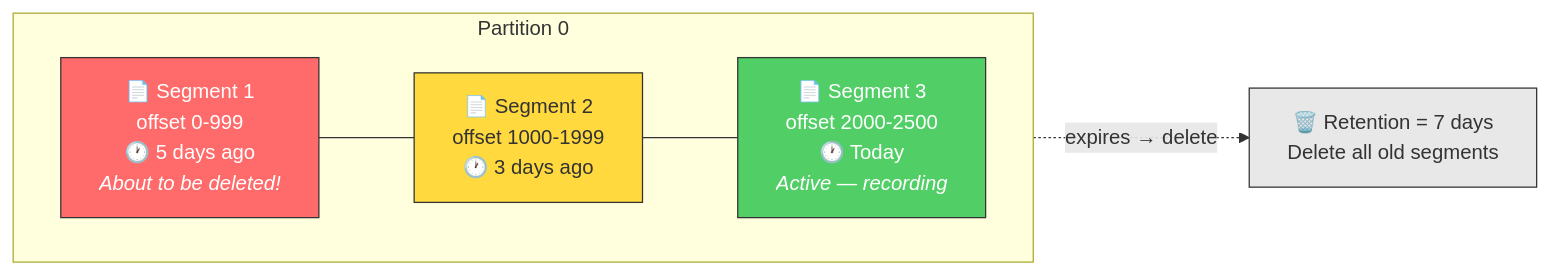
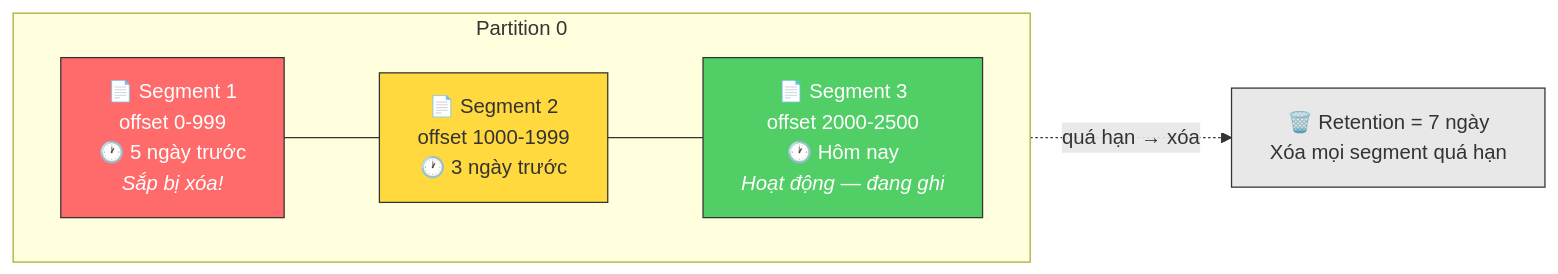
One commit to quan-vo-dinh/saas-pos-microservices-qrtable changed diagram 12 of 38 in docs/guides/kafka-qrtable.md. Above: the diagram before and after it, drawn with Mermaid. The commit also changed other lines of this file and 62 other files, not shown here.

````diff
--- a/docs/guides/kafka-qrtable.md
+++ b/docs/guides/kafka-qrtable.md
@@ -539,18 +538,18 @@
 ```mermaid
 graph LR
     subgraph PART["Partition 0"]
         direction LR
-S1["📄 Segment 1<br/>offset 0-999<br/>🕐 5 days ago<br/><i>About to be deleted!</i>"]
-S2["📄 Segment 2<br/>offset 1000-1999<br/>🕐 3 days ago"]
-S3["📄 Segment 3<br/>offset 2000-2500<br/>🕐 Today<br/><i>Active — recording</i>"]
+S1["📄 Segment 1<br/>offset 0-999<br/>🕐 5 ngày trước<br/><i>Sắp bị xóa!</i>"]
+S2["📄 Segment 2<br/>offset 1000-1999<br/>🕐 3 ngày trước"]
+S3["📄 Segment 3<br/>offset 2000-2500<br/>🕐 Hôm nay<br/><i>Hoạt động — đang ghi</i>"]
         S1 --- S2 --- S3
     end
 
-DEL["🗑️ Retention = 7 days<br/>Delete all old segments"]
-S1 -.->|"expires → delete"| DEL
+DEL["🗑️ Retention = 7 ngày<br/>Xóa mọi segment quá hạn"]
+S1 -.->|"quá hạn → xóa"| DEL
 
     style S1 fill:#ff6b6b,stroke:#333,color:#fff
     style S2 fill:#ffd93d,stroke:#333,color:#333
     style S3 fill:#51cf66,stroke:#333,color:#fff
     style DEL fill:#e8e8e8,stroke:#333
 ```
````
